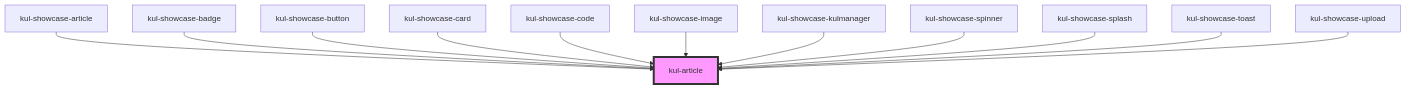
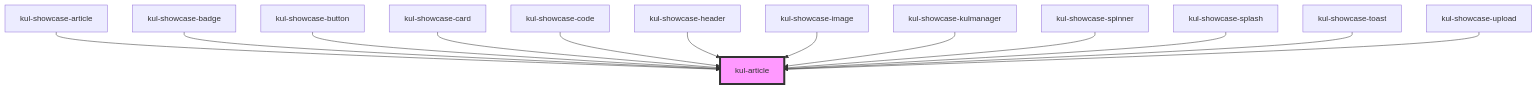
Before and after one commit to smeup/ketchup: the diagram in packages/ketchup-lite/src/components/kul-article/readme.md, drawn with Mermaid. The commit also changed other lines of this file and 35 other files, not shown here.

````diff
--- a/packages/ketchup-lite/src/components/kul-article/readme.md
+++ b/packages/ketchup-lite/src/components/kul-article/readme.md
@@ -94,15 +95,16 @@
 ```mermaid
 graph TD;
   kul-showcase-article --> kul-article
   kul-showcase-badge --> kul-article
   kul-showcase-button --> kul-article
   kul-showcase-card --> kul-article
   kul-showcase-code --> kul-article
+  kul-showcase-header --> kul-article
   kul-showcase-image --> kul-article
   kul-showcase-kulmanager --> kul-article
   kul-showcase-spinner --> kul-article
   kul-showcase-splash --> kul-article
   kul-showcase-toast --> kul-article
   kul-showcase-upload --> kul-article
   style kul-article fill:#f9f,stroke:#333,stroke-width:4px
 ```
````
